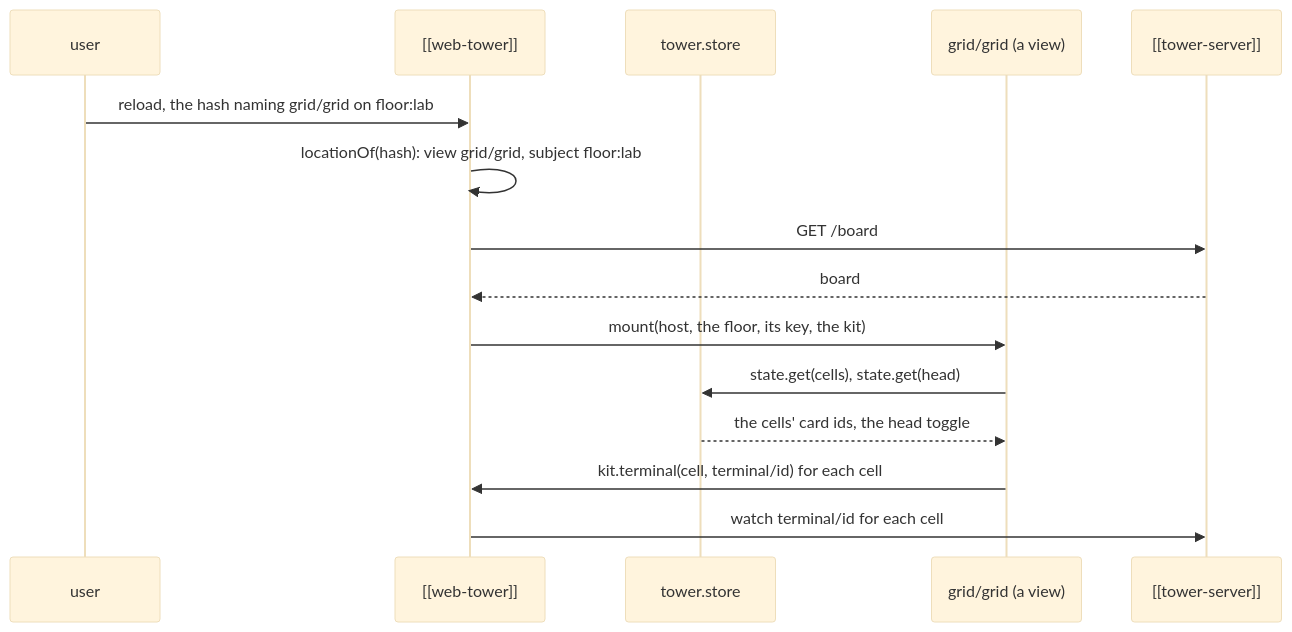
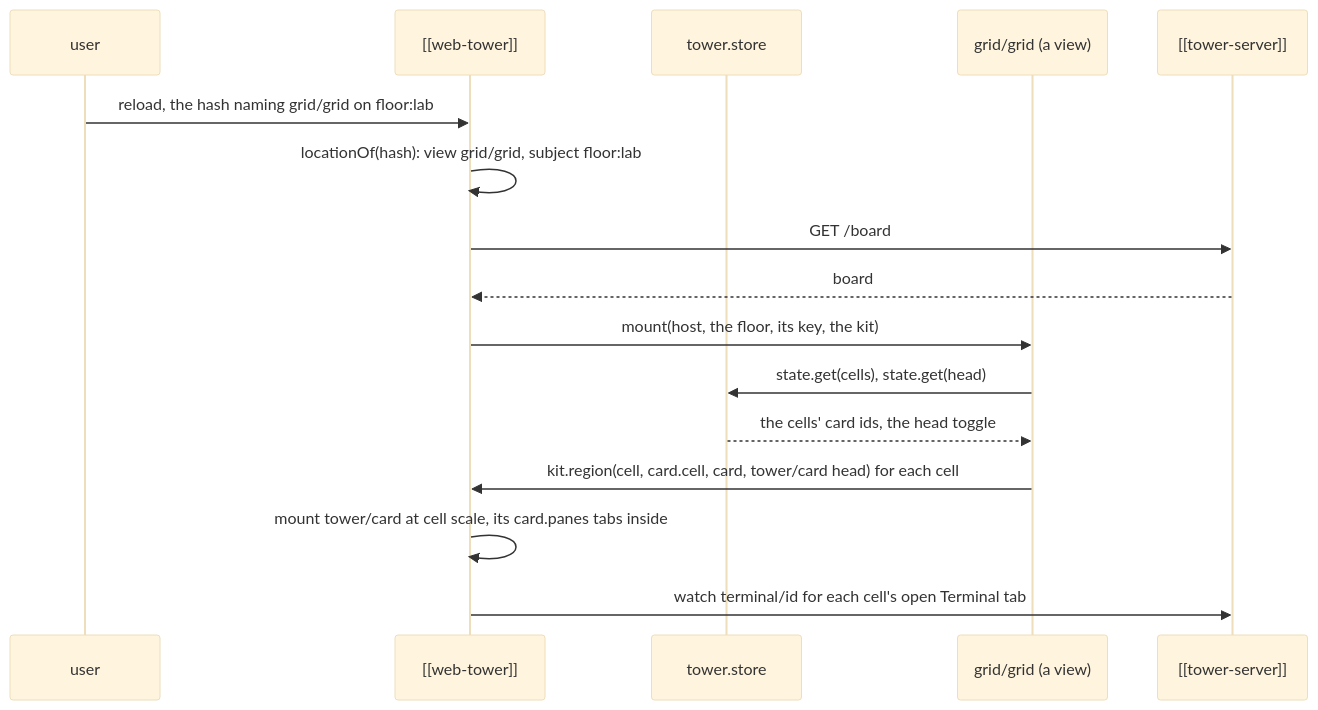
One commit to RegiByte/the-tower changed the fifth of 6 diagrams in kb/entities/decisions/ui-model.md. Above: the diagram before and after it, drawn with Mermaid (base theme). The commit also changed other lines of this file and 1 other file, not shown here.

Commit message:
docs, kb: card.cell and a view's scale; the grid's cells as worker views

````diff
--- a/kb/entities/decisions/ui-model.md
+++ b/kb/entities/decisions/ui-model.md
@@ -181,17 +184,18 @@
 ```mermaid
 sequenceDiagram
   participant U as user
   participant P as [[web-tower]]
   participant S as tower.store
   participant G as grid/grid (a view)
   participant T as [[tower-server]]
   U->>P: reload, the hash naming grid/grid on floor:lab
   P->>P: locationOf(hash): view grid/grid, subject floor:lab
   P->>T: GET /board
   T-->>P: board
   P->>G: mount(host, the floor, its key, the kit)
   G->>S: state.get(cells), state.get(head)
   S-->>G: the cells' card ids, the head toggle
-  G->>P: kit.terminal(cell, terminal/id) for each cell
-  P->>T: watch terminal/id for each cell
+  G->>P: kit.region(cell, card.cell, card, tower/card head) for each cell
+  P->>P: mount tower/card at cell scale, its card.panes tabs inside
+  P->>T: watch terminal/id for each cell's open Terminal tab
 ```
````
